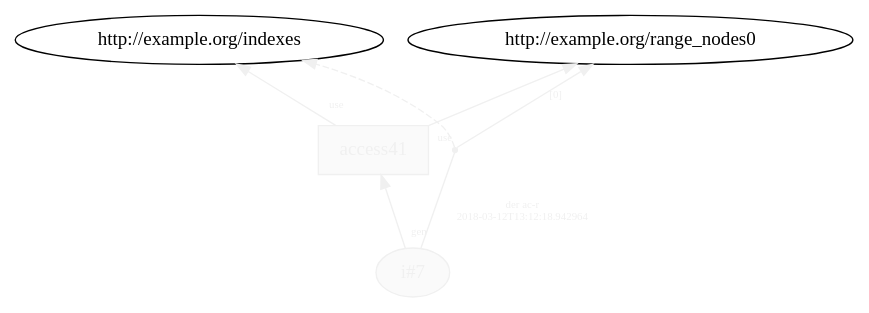
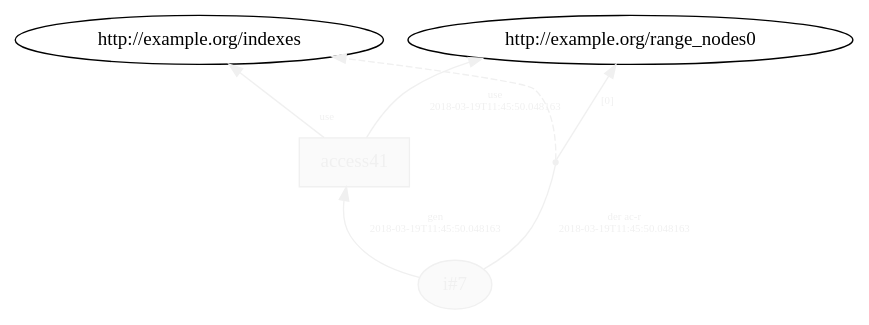
Before and after one commit to dew-uff/versioned-prov: the diagram in generated/versioned_prov/temp/L14__loop_access_7.dot, drawn with Graphviz. The commit also changed 619 other files, not shown here.

```diff
--- a/generated/versioned_prov/temp/L14__loop_access_7.dot
+++ b/generated/versioned_prov/temp/L14__loop_access_7.dot
@@ -1,12 +1,14 @@
 digraph "PROV" { size="16,12"; rankdir="BT";
 "http://example.org/i#7" [fillcolor="#FAFAFA",color="#F0F0F0",style="filled",fontcolor="#F0F0F0",label="i#7",URL="http://example.org/i#7"]
 "http://example.org/access41" [fillcolor="#FAFAFA",color="#F0F0F0",shape="polygon",sides="4",style="filled",fontcolor="#F0F0F0",label="access41",URL="http://example.org/access41"]
 "bn0" [shape="point",label="",fontcolor="#F0F0F0",color="#F0F0F0"]
 "http://example.org/i#7" -> "bn0" [fontsize="8",distance="1.5",angle="60.0",rotation="20",label="der ac-r
-2018-03-12T13:12:18.942964",arrowhead="none",fontcolor="#F0F0F0",color="#F0F0F0"]
+2018-03-19T11:45:50.048163",arrowhead="none",fontcolor="#F0F0F0",color="#F0F0F0"]
 "bn0" -> "http://example.org/indexes" [style="dashed",fontcolor="#F0F0F0",color="#F0F0F0"]
 "bn0" -> "http://example.org/range_nodes0" [fontsize="8",distance="1.5",angle="60.0",rotation="20",label="[0]",fontcolor="#F0F0F0",color="#F0F0F0"]
 "http://example.org/access41" -> "http://example.org/indexes" [labelfontsize="8",labeldistance="1.5",labelangle="60.0",rotation="20",taillabel="use",fontcolor="#F0F0F0",color="#F0F0F0"]
-"http://example.org/access41" -> "http://example.org/range_nodes0" [labelfontsize="8",labeldistance="1.5",labelangle="60.0",rotation="20",taillabel="use",fontcolor="#F0F0F0",color="#F0F0F0"]
-"http://example.org/i#7" -> "http://example.org/access41" [labelfontsize="8",labeldistance="1.5",labelangle="60.0",rotation="20",taillabel="gen",fontcolor="#F0F0F0",color="#F0F0F0"]
+"http://example.org/access41" -> "http://example.org/range_nodes0" [fontsize="8",distance="1.5",angle="60.0",rotation="20",label="use
+2018-03-19T11:45:50.048163",fontcolor="#F0F0F0",color="#F0F0F0"]
+"http://example.org/i#7" -> "http://example.org/access41" [fontsize="8",distance="1.5",angle="60.0",rotation="20",label="gen
+2018-03-19T11:45:50.048163",fontcolor="#F0F0F0",color="#F0F0F0"]
 }
```
